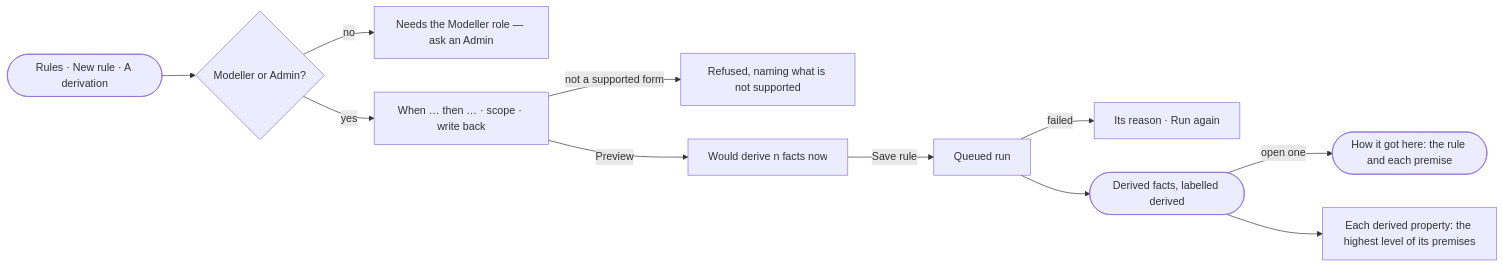
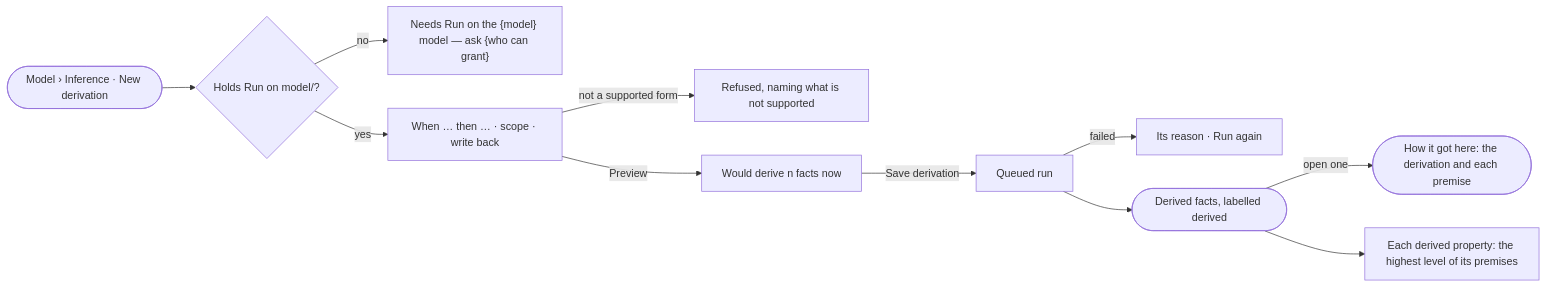
One commit to invana/invana changed the diagram in specs/capabilities/semantics/features/SE-F08-inference/stories/SE-22-derive-facts-from-a-rule/story.md. Above: the diagram before and after it, drawn with Mermaid. The commit also changed other lines of this file and 456 other files, not shown here.

````diff
--- a/specs/capabilities/semantics/features/SE-F08-inference/stories/SE-22-derive-facts-from-a-rule/story.md
+++ b/specs/capabilities/semantics/features/SE-F08-inference/stories/SE-22-derive-facts-from-a-rule/story.md
@@ -29,13 +29,13 @@
 ```mermaid
 flowchart LR
-  a([Rules · New rule · A derivation]) --> c{Modeller or Admin?}
-  c -->|no| na["Needs the Modeller role — ask an Admin"]
+  a([Model › Inference · New derivation]) --> c{"Holds Run on model/<model>?"}
+  c -->|no| na["Needs Run on the {model} model — ask {who can grant}"]
   c -->|yes| d["When … then … · scope · write back"]
   d -->|not a supported form| x["Refused, naming what is not supported"]
   d -->|Preview| p["Would derive n facts now"]
-  p -->|Save rule| q["Queued run"]
+  p -->|Save derivation| q["Queued run"]
   q -->|failed| f["Its reason · Run again"]
   q --> r(["Derived facts, labelled derived"])
-  r -->|open one| h(["How it got here: the rule and each premise"])
+  r -->|open one| h(["How it got here: the derivation and each premise"])
   r --> l["Each derived property: the highest level of its premises"]
 ```
````
